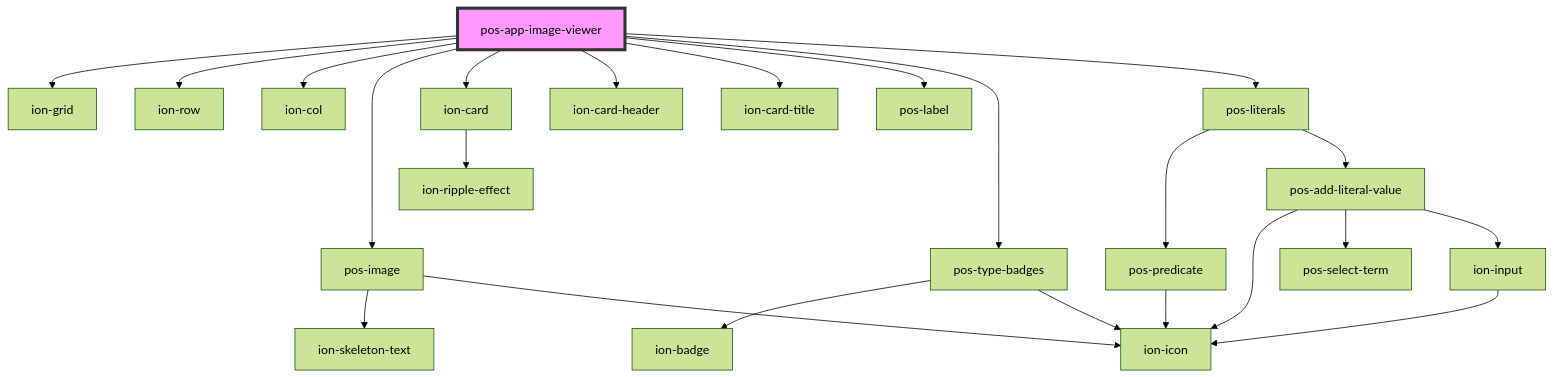
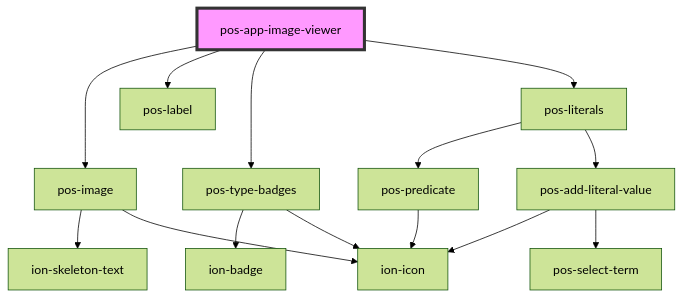
The diagram in docs/elements/apps/pos-app-image-viewer/readme.md (pod-os/PodOS), drawn with Mermaid (forest theme) before and after one commit. The commit also changed other lines of this file and 20 other files, not shown here.

````diff
--- a/docs/elements/apps/pos-app-image-viewer/readme.md
+++ b/docs/elements/apps/pos-app-image-viewer/readme.md
@@ -31,26 +25,17 @@
 ```mermaid
 graph TD;
-  pos-app-image-viewer --> ion-grid
-  pos-app-image-viewer --> ion-row
-  pos-app-image-viewer --> ion-col
   pos-app-image-viewer --> pos-image
-  pos-app-image-viewer --> ion-card
-  pos-app-image-viewer --> ion-card-header
-  pos-app-image-viewer --> ion-card-title
   pos-app-image-viewer --> pos-label
   pos-app-image-viewer --> pos-type-badges
   pos-app-image-viewer --> pos-literals
   pos-image --> ion-skeleton-text
   pos-image --> ion-icon
-  ion-card --> ion-ripple-effect
   pos-type-badges --> ion-badge
   pos-type-badges --> ion-icon
   pos-literals --> pos-predicate
   pos-literals --> pos-add-literal-value
   pos-predicate --> ion-icon
   pos-add-literal-value --> ion-icon
   pos-add-literal-value --> pos-select-term
-  pos-add-literal-value --> ion-input
-  ion-input --> ion-icon
   style pos-app-image-viewer fill:#f9f,stroke:#333,stroke-width:4px
 ```
````
